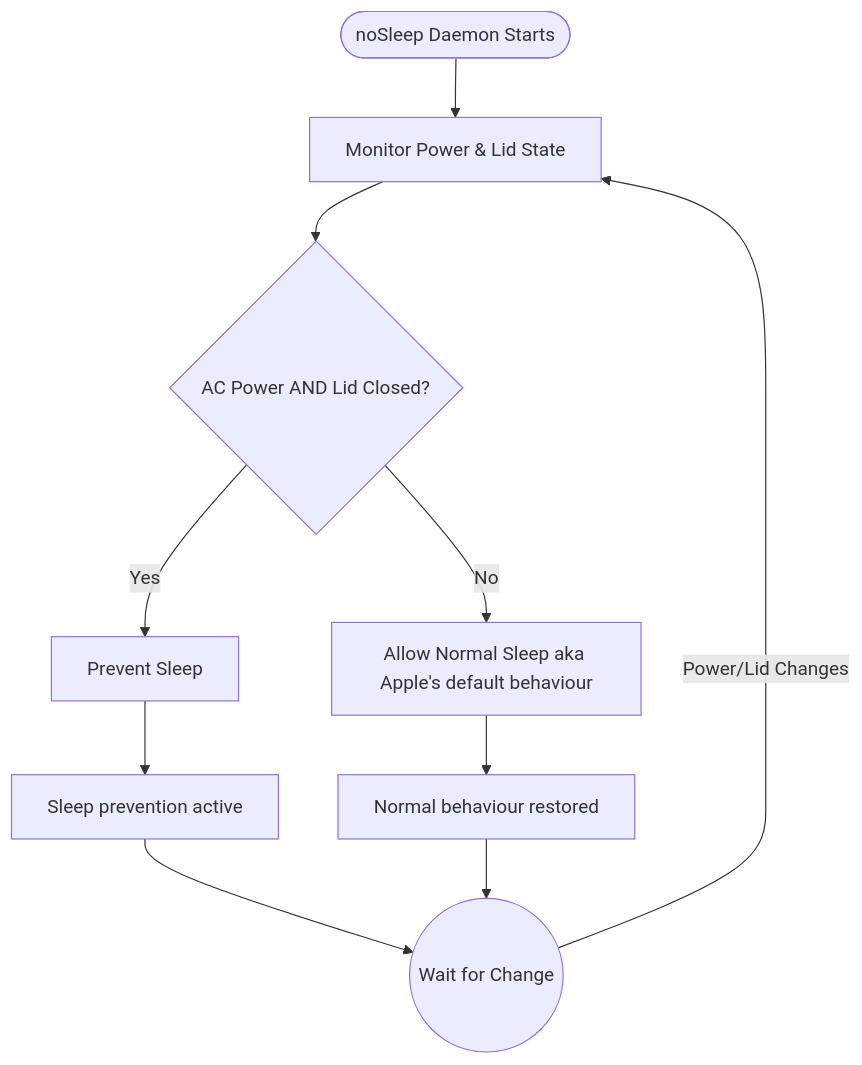
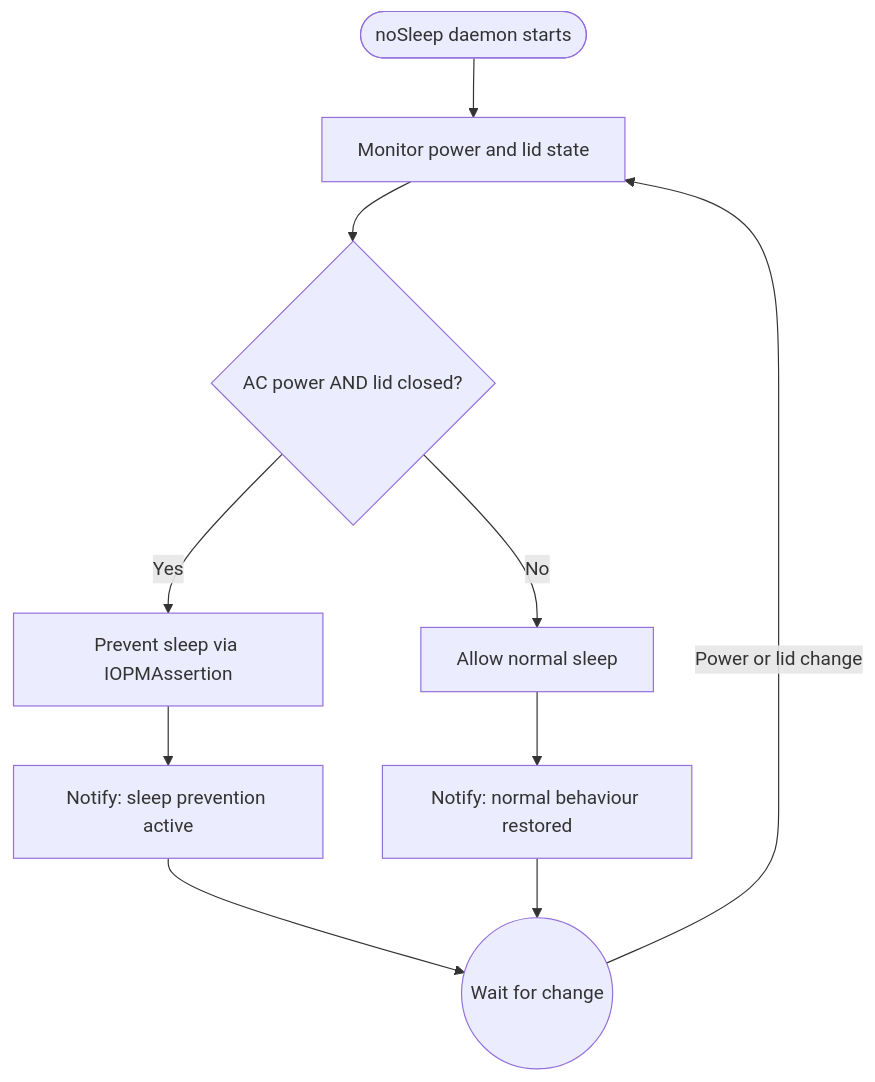
One commit to milindhvijay/noSleep changed the diagram in README.md. Above: the diagram before and after it, drawn with Mermaid. The commit also changed other lines of this file, not shown here.

Commit message:
Update README to reflect daemon subcommand, correct spelling, remove emoji, and document implementation

````diff
--- a/README.md
+++ b/README.md
@@ -58,17 +60,17 @@
 ```mermaid
 flowchart TB
-    START([noSleep Daemon Starts]) --> MONITOR[Monitor Power & Lid State]
-    
-    MONITOR --> CHECK{AC Power AND Lid Closed?}
-    
-    CHECK -->|No| ALLOW_SLEEP[Allow Normal Sleep aka Apple's default behaviour]
-    CHECK -->|Yes| PREVENT[Prevent Sleep]
-    
-    PREVENT --> NOTIFY_ON["Sleep prevention active"]
-    ALLOW_SLEEP --> NOTIFY_OFF["Normal behaviour restored"]
-    
-    NOTIFY_ON --> WAIT((Wait for Change))
+    START([noSleep daemon starts]) --> MONITOR[Monitor power and lid state]
+
+    MONITOR --> CHECK{AC power AND lid closed?}
+
+    CHECK -->|No| ALLOW[Allow normal sleep]
+    CHECK -->|Yes| PREVENT[Prevent sleep via IOPMAssertion]
+
+    PREVENT --> NOTIFY_ON[Notify: sleep prevention active]
+    ALLOW --> NOTIFY_OFF[Notify: normal behaviour restored]
+
+    NOTIFY_ON --> WAIT((Wait for change))
     NOTIFY_OFF --> WAIT
-    
-    WAIT -->|Power/Lid Changes| MONITOR
+
+    WAIT -->|Power or lid change| MONITOR
 ```
````
